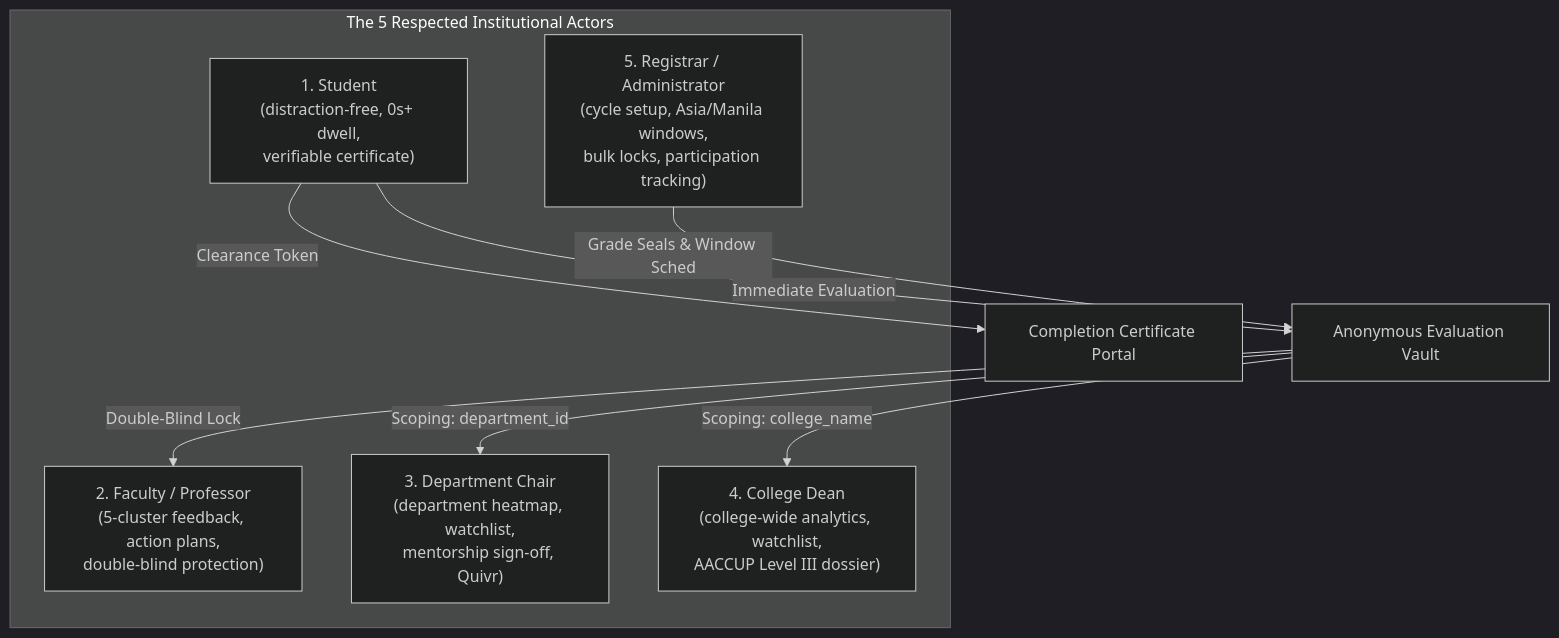
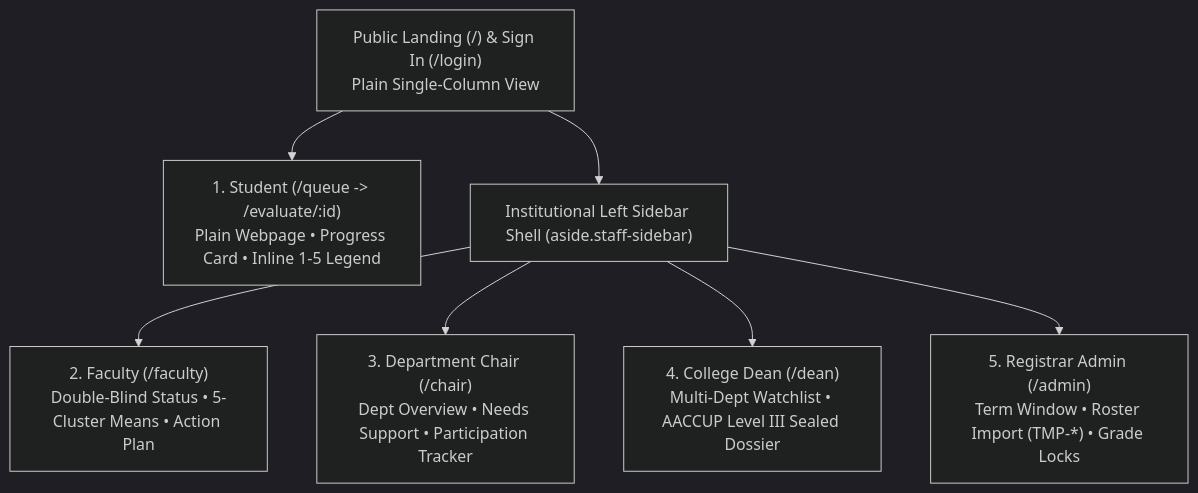
Before and after one commit to AAAAA13-sys/set-nlp: the second of 2 diagrams in docs/INSTITUTIONAL_SYSTEM_ARCHITECTURE.md, drawn with Mermaid (dark theme). The commit also changed other lines of this file and 34 other files, not shown here.

````diff
--- a/docs/INSTITUTIONAL_SYSTEM_ARCHITECTURE.md
+++ b/docs/INSTITUTIONAL_SYSTEM_ARCHITECTURE.md
@@ -85,17 +49,9 @@
 ```mermaid
 flowchart TD
-    subgraph Actors["The 5 Respected Institutional Actors"]
-        Student["1. Student\n(distraction-free, 0s+ dwell,\nverifiable certificate)"]
-        Faculty["2. Faculty / Professor\n(5-cluster feedback, action plans,\ndouble-blind protection)"]
-        Chair["3. Department Chair\n(department heatmap, watchlist,\nmentorship sign-off, Quivr)"]
-        Dean["4. College Dean\n(college-wide analytics, watchlist,\nAACCUP Level III dossier)"]
-        Admin["5. Registrar / Administrator\n(cycle setup, Asia/Manila windows,\nbulk locks, participation tracking)"]
-    end
-
-    Student -->|Immediate Evaluation| Vault[Anonymous Evaluation Vault]
-    Student -->|Clearance Token| Cert[Completion Certificate Portal]
-    Vault -->|Double-Blind Lock| Faculty
-    Vault -->|Scoping: department_id| Chair
-    Vault -->|Scoping: college_name| Dean
-    Admin -->|Grade Seals & Window Sched| Vault
+    Visitor["Public Landing (/) & Sign In (/login)\nPlain Single-Column View"] --> Student["1. Student (/queue -> /evaluate/:id)\nPlain Webpage • Progress Card • Inline 1-5 Legend"]
+    Visitor --> StaffShell["Institutional Left Sidebar Shell (aside.staff-sidebar)"]
+    StaffShell --> Faculty["2. Faculty (/faculty)\nDouble-Blind Status • 5-Cluster Means • Action Plan"]
+    StaffShell --> Chair["3. Department Chair (/chair)\nDept Overview • Needs Support • Participation Tracker"]
+    StaffShell --> Dean["4. College Dean (/dean)\nMulti-Dept Watchlist • AACCUP Level III Sealed Dossier"]
+    StaffShell --> Admin["5. Registrar Admin (/admin)\nTerm Window • Roster Import (TMP-*) • Grade Locks"]
 ```
````
